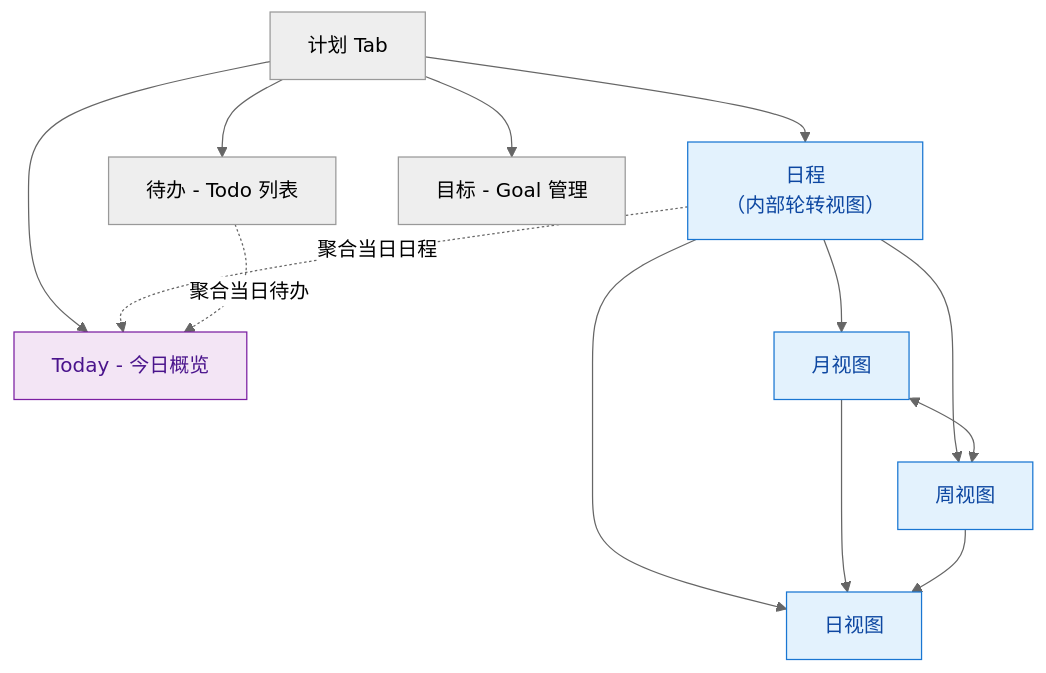
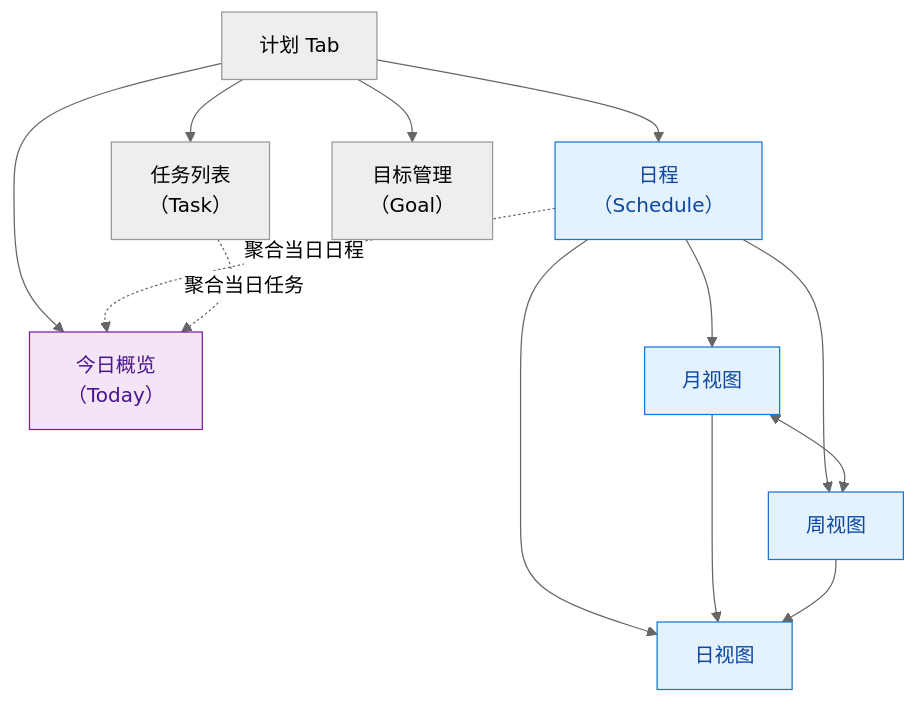
The first of 5 diagrams in docs/PRODUCT_REPORT.md (Owl23007/synapse-android), drawn with Mermaid (neutral theme) before and after one commit. The commit also changed other lines of this file, not shown here.

````diff
--- a/docs/PRODUCT_REPORT.md
+++ b/docs/PRODUCT_REPORT.md
@@ -23,36 +23,35 @@
 ```mermaid
 graph TD
     PlanTab[计划 Tab]
-    Today[Today - 今日概览]
-    Schedule[日程<br/>（内部轮转视图）]
-    Todo[待办 - Todo 列表]
-    Goal[目标 - Goal 管理]
+    Today[今日概览<br/>（Today）]
+    Schedule[日程<br/>（Schedule）]
+    Task[任务列表<br/>（Task）]
+    Goal[目标管理<br/>（Goal）]
 
     Month[月视图]
     Week[周视图]
     Day[日视图]
 
     PlanTab --> Today
     PlanTab --> Schedule
-    PlanTab --> Todo
+    PlanTab --> Task
     PlanTab --> Goal
 
     Schedule --> Month
     Schedule --> Week
     Schedule --> Day
 
     Month <--> Week
     Month --> Day
     Week --> Day
 
     Schedule -.->|聚合当日日程| Today
-    Todo -.->|聚合当日待办| Today
+    Task -.->|聚合当日任务| Today
 
-    %% 统一为蓝色系：日程容器 + 月/周/日视图
+    %% 视觉样式
     classDef calendarView fill:#e3f2fd,stroke:#1976d2,color:#0d47a1;
     class Schedule,Month,Week,Day calendarView
 
-    %% Today 使用不同颜色以突出聚合角色
     classDef todayView fill:#f3e5f5,stroke:#7b1fa2,color:#4a148c;
     class Today todayView
 ```
````
